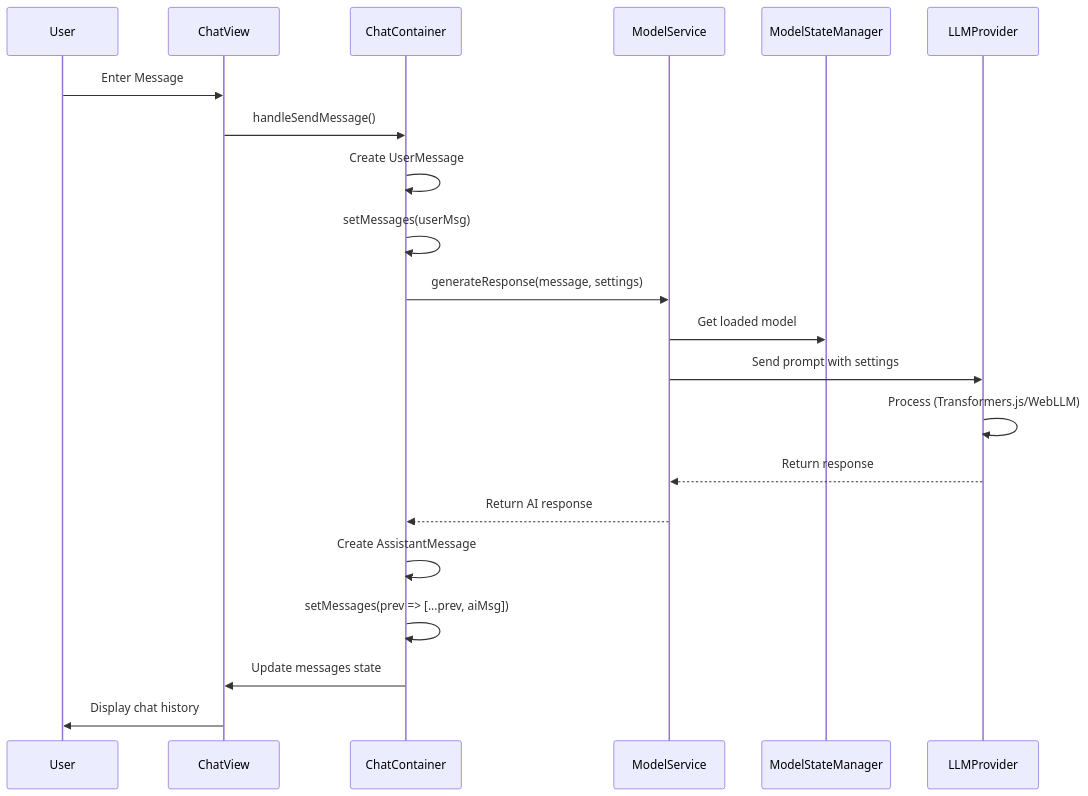
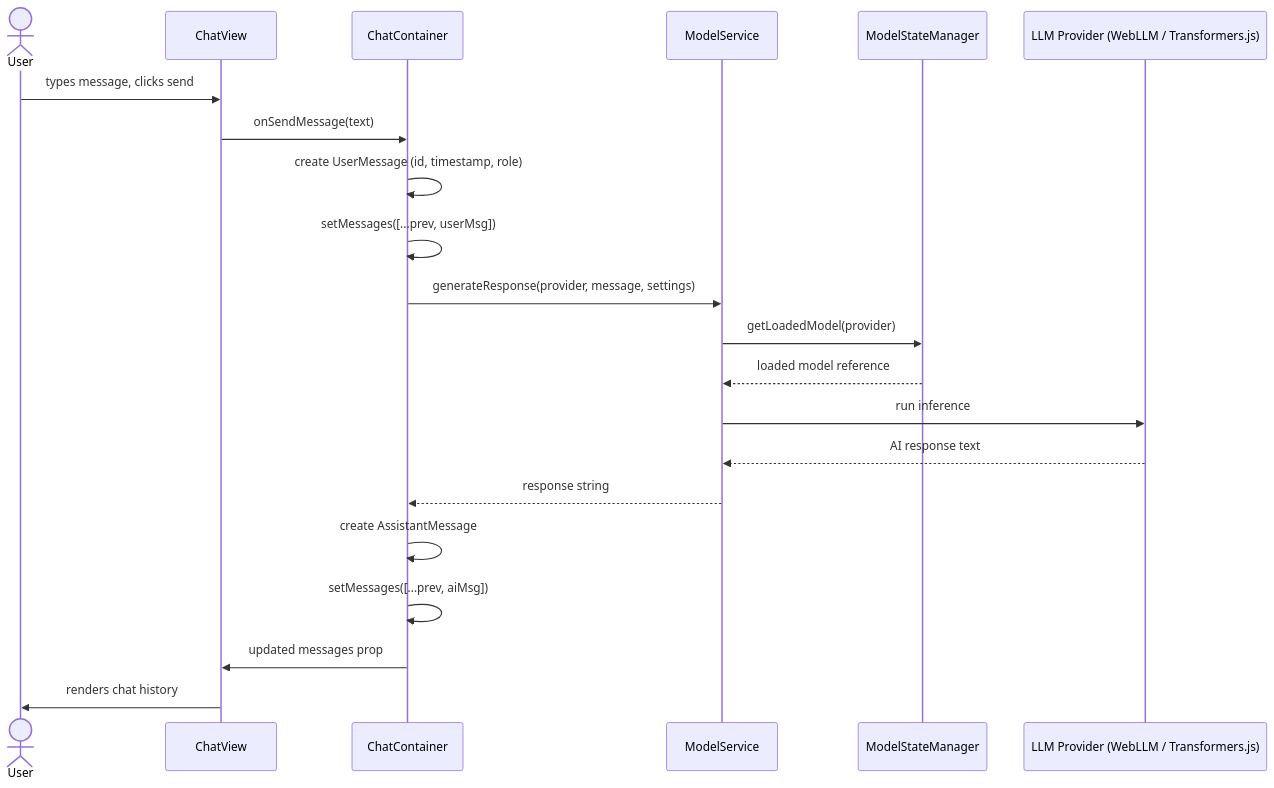
The second of 5 diagrams in README.md (ChristianScheub/Typescript_React_LocalLLM), drawn with Mermaid before and after one commit. The commit also changed other lines of this file and 9 other files, not shown here.

````diff
--- a/README.md
+++ b/README.md
@@ -90,29 +64,24 @@
 ```mermaid
 sequenceDiagram
-    participant User
+    actor User
     participant ChatView
     participant ChatContainer
     participant ModelService
     participant ModelStateManager
-    participant LLMProvider
-    
-    User->>ChatView: Enter Message
-    ChatView->>ChatContainer: handleSendMessage()
-    
-    ChatContainer->>ChatContainer: Create UserMessage
-    ChatContainer->>ChatContainer: setMessages(userMsg)
-    ChatContainer->>ModelService: generateResponse(message, settings)
-    
-    ModelService->>ModelStateManager: Get loaded model
-    ModelService->>LLMProvider: Send prompt with settings
-    
-    LLMProvider->>LLMProvider: Process (Transformers.js/WebLLM)
-    LLMProvider-->>ModelService: Return response
-    
-    ModelService-->>ChatContainer: Return AI response
-    ChatContainer->>ChatContainer: Create AssistantMessage
-    ChatContainer->>ChatContainer: setMessages(prev => [...prev, aiMsg])
-    
-    ChatContainer->>ChatView: Update messages state
-    ChatView->>User: Display chat history
+    participant LLMProvider as LLM Provider (WebLLM / Transformers.js)
+
+    User->>ChatView: types message, clicks send
+    ChatView->>ChatContainer: onSendMessage(text)
+    ChatContainer->>ChatContainer: create UserMessage (id, timestamp, role)
+    ChatContainer->>ChatContainer: setMessages([...prev, userMsg])
+    ChatContainer->>ModelService: generateResponse(provider, message, settings)
+    ModelService->>ModelStateManager: getLoadedModel(provider)
+    ModelStateManager-->>ModelService: loaded model reference
+    ModelService->>LLMProvider: run inference
+    LLMProvider-->>ModelService: AI response text
+    ModelService-->>ChatContainer: response string
+    ChatContainer->>ChatContainer: create AssistantMessage
+    ChatContainer->>ChatContainer: setMessages([...prev, aiMsg])
+    ChatContainer->>ChatView: updated messages prop
+    ChatView->>User: renders chat history
 ```
````
